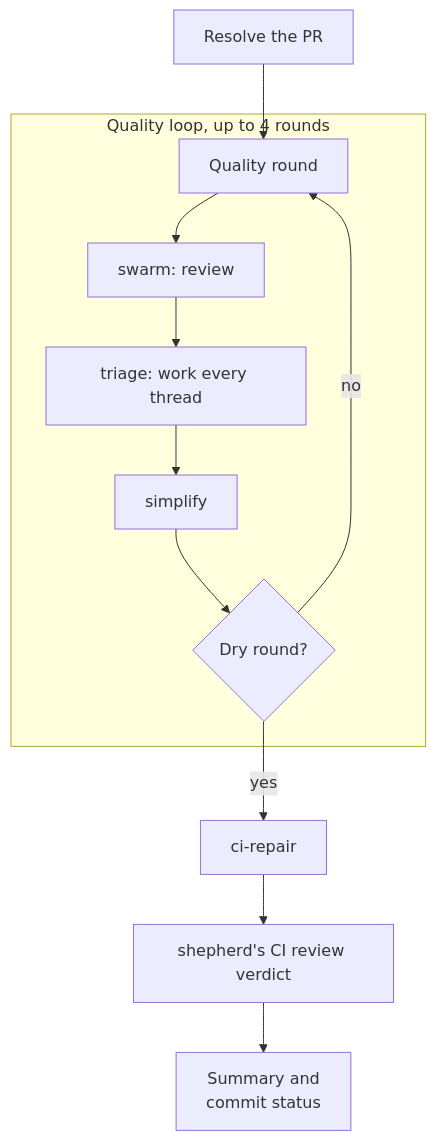
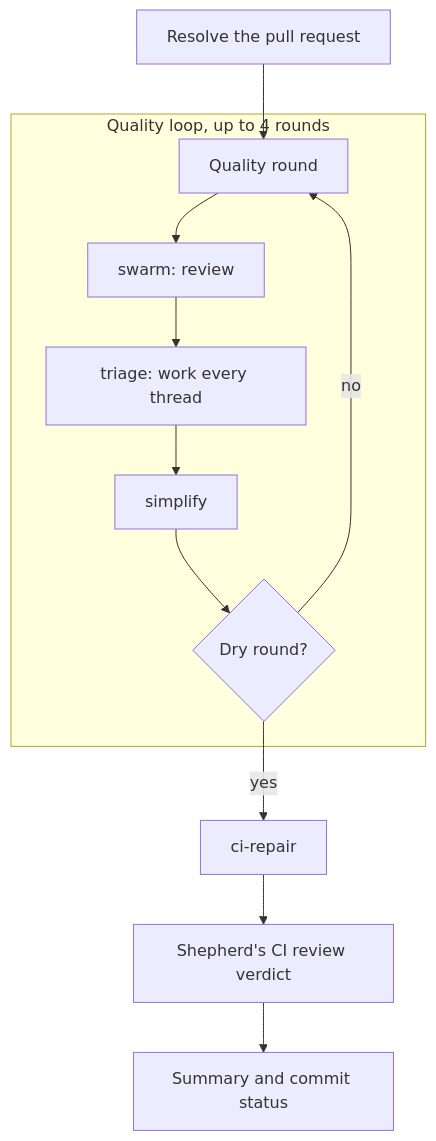
One commit to jagreehal/shepherd changed the first of 3 diagrams in docs/src/content/docs/concepts/review-loop.md. Above: the diagram before and after it, drawn with Mermaid. The commit also changed other lines of this file and 41 other files, not shown here.

````diff
--- a/docs/src/content/docs/concepts/review-loop.md
+++ b/docs/src/content/docs/concepts/review-loop.md
@@ -9,14 +16,14 @@
 ```mermaid
 flowchart TD
-    S[Resolve the PR] --> Q[Quality round]
+    S[Resolve the pull request] --> Q[Quality round]
     subgraph Round["Quality loop, up to 4 rounds"]
         Q --> SW[swarm: review]
         SW --> TR[triage: work every thread]
         TR --> SI[simplify]
         SI --> DRY{Dry round?}
         DRY -- no --> Q
     end
     DRY -- yes --> CI[ci-repair]
-    CI --> V[shepherd's CI review verdict]
-    V --> SUM[Summary and<br/>commit status]
+    CI --> V[Shepherd's CI review verdict]
+    V --> SUM[Summary and commit status]
 ```
````
